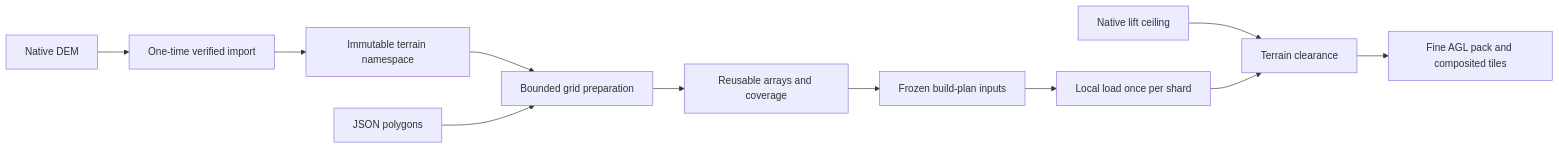
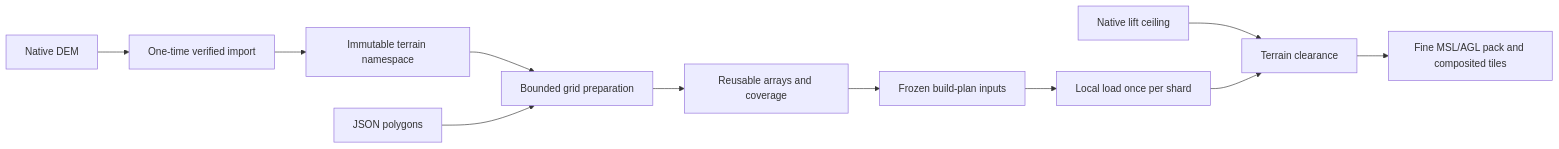
The third of 3 diagrams in docs/architecture.md (jdorrance/av-layers), drawn with Mermaid before and after one commit. The commit also changed other lines of this file and 64 other files, not shown here.

````diff
--- a/docs/architecture.md
+++ b/docs/architecture.md
@@ -110,13 +111,13 @@
 ```mermaid
 flowchart LR
   dem[Native DEM] --> ingest[One-time verified import]
   ingest --> terrain[Immutable terrain namespace]
   terrain --> prepare[Bounded grid preparation]
   zones[JSON polygons] --> prepare
   prepare --> inputs[Reusable arrays and coverage]
   inputs --> plan[Frozen build-plan inputs]
   plan --> workers[Local load once per shard]
   native[Native lift ceiling] --> clearance[Terrain clearance]
   workers --> clearance
-  clearance --> agl[Fine AGL pack and composited tiles]
+  clearance --> agl[Fine MSL/AGL pack and composited tiles]
 ```
````
